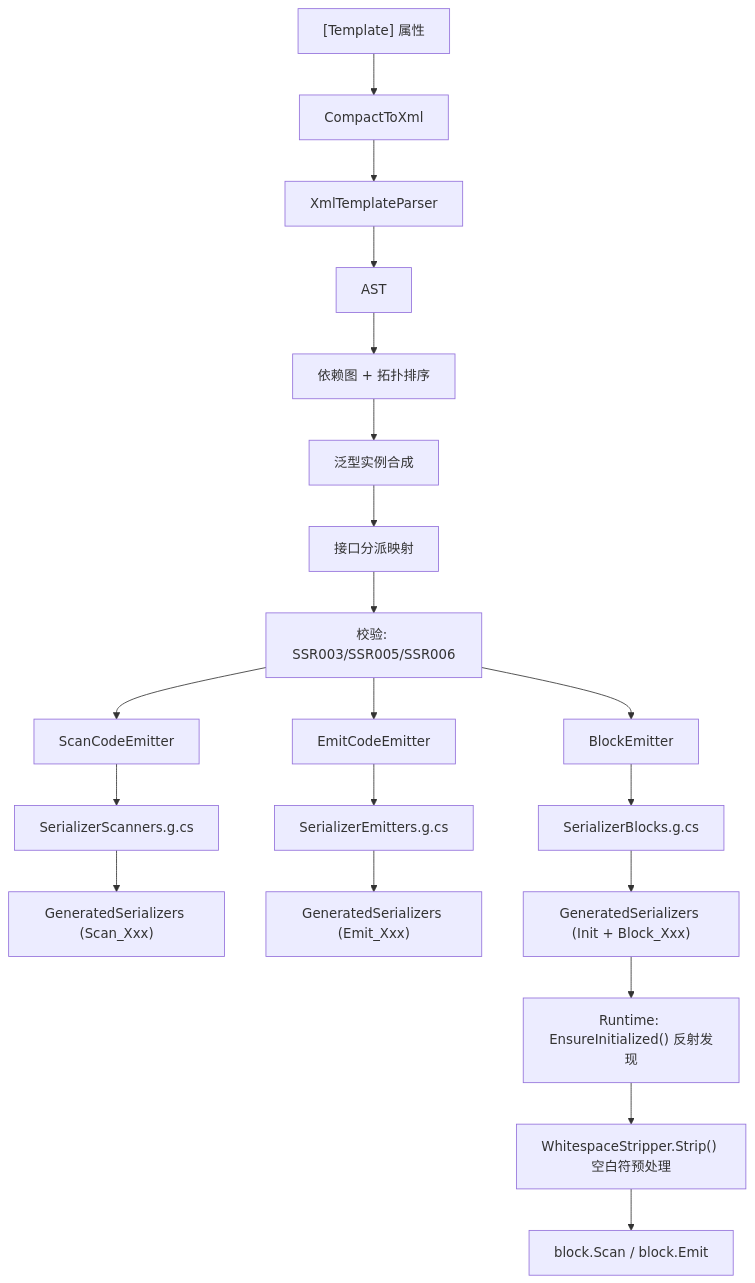
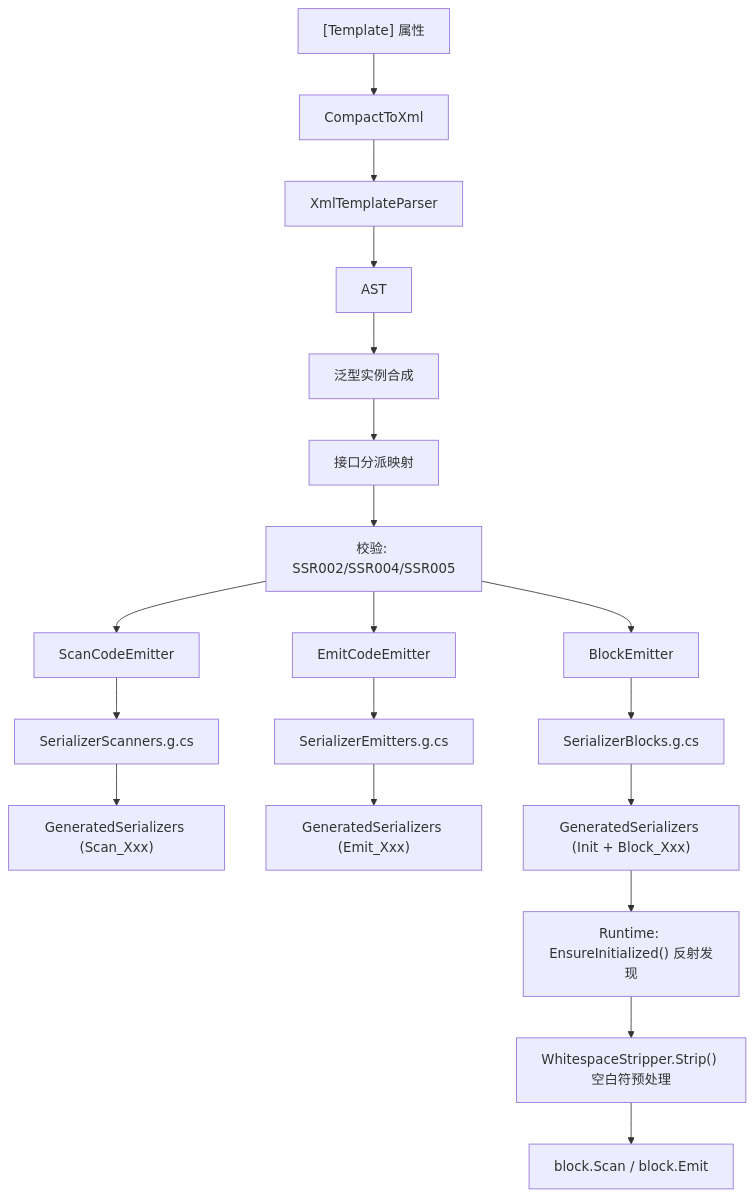
One commit to twds0x13/SourceSerializer changed the diagram in docs/technical/pipeline/overview.md. Above: the diagram before and after it, drawn with Mermaid. The commit also changed other lines of this file and 28 other files, not shown here.

````diff
--- a/docs/technical/pipeline/overview.md
+++ b/docs/technical/pipeline/overview.md
@@ -7,22 +7,21 @@
 ```mermaid
 flowchart TD
     A["[Template] 属性"] --> B[CompactToXml]
     B --> C[XmlTemplateParser]
     C --> D[AST]
-    D --> E[依赖图 + 拓扑排序]
-    E --> F[泛型实例合成]
+    D --> F[泛型实例合成]
     F --> G[接口分派映射]
-    G --> H[校验: SSR003/SSR005/SSR006]
+    G --> H[校验: SSR002/SSR004/SSR005]
     H --> I[ScanCodeEmitter]
     H --> J[EmitCodeEmitter]
     H --> K[BlockEmitter]
     I --> L[SerializerScanners.g.cs]
     J --> M[SerializerEmitters.g.cs]
     K --> N[SerializerBlocks.g.cs]
     L --> O["GeneratedSerializers (Scan_Xxx)"]
     M --> P["GeneratedSerializers (Emit_Xxx)"]
     N --> Q["GeneratedSerializers (Init + Block_Xxx)"]
     Q --> R["Runtime: EnsureInitialized() 反射发现"]
     R --> S["WhitespaceStripper.Strip() 空白符预处理"]
     S --> T["block.Scan / block.Emit"]
 ```
````
